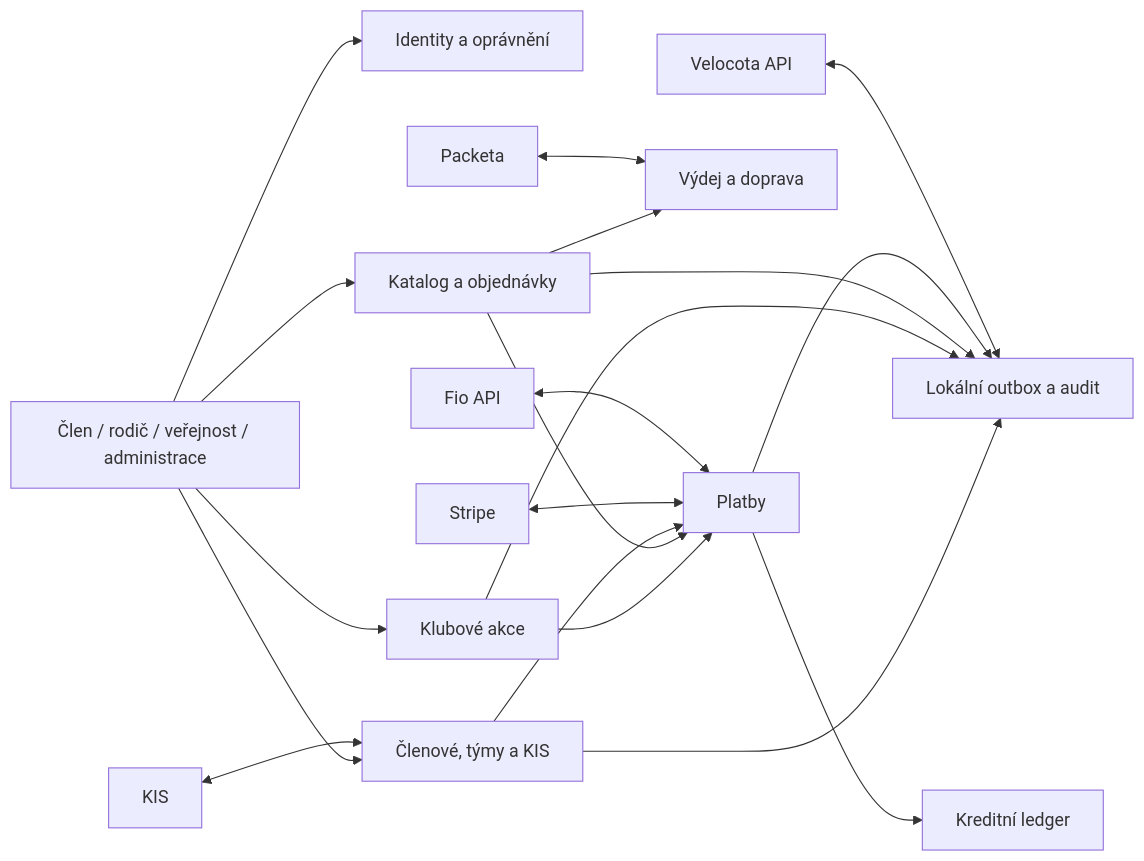
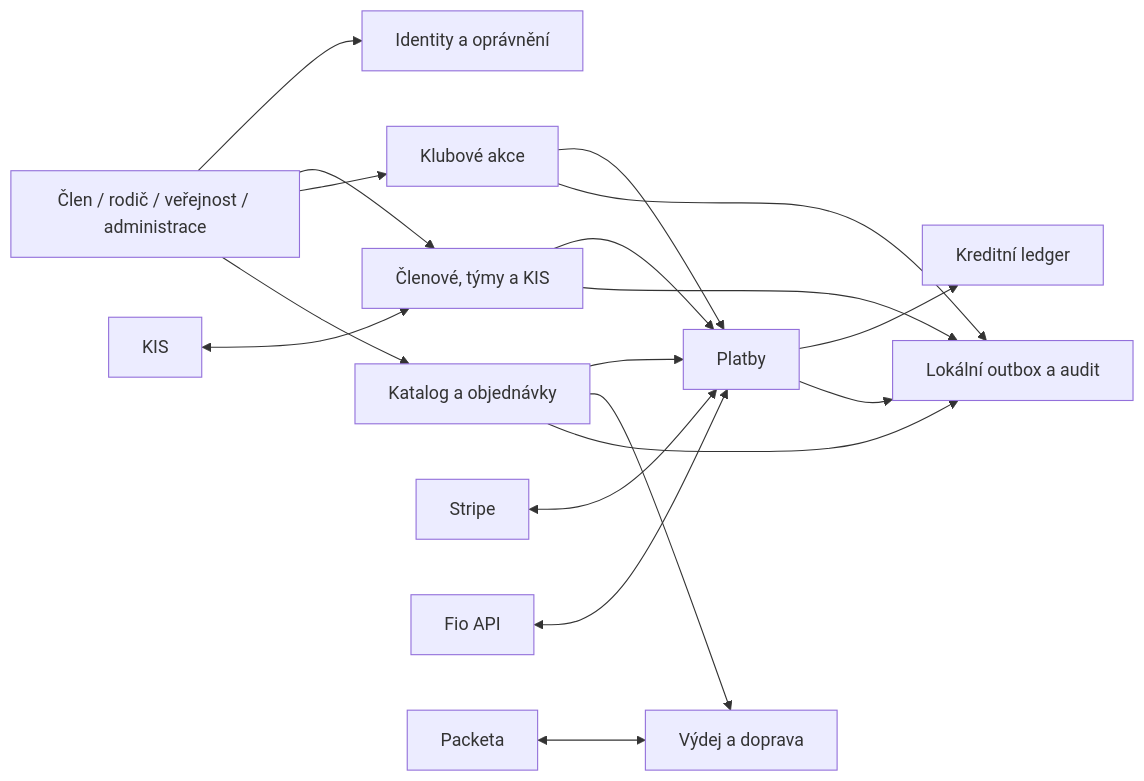
The diagram in docs/plan-eshop-tymova-evidence/03-cilova-architektura.md (KovoPraha/evidenceTreninku), drawn with Mermaid before and after one commit. The commit also changed other lines of this file and 15 other files, not shown here.

````diff
--- a/docs/plan-eshop-tymova-evidence/03-cilova-architektura.md
+++ b/docs/plan-eshop-tymova-evidence/03-cilova-architektura.md
@@ -9,21 +9,20 @@
 ```mermaid
 flowchart LR
     UI["Člen / rodič / veřejnost / administrace"] --> IAM["Identity a oprávnění"]
     UI --> MEM["Členové, týmy a KIS"]
     UI --> EVT["Klubové akce"]
     UI --> SHOP["Katalog a objednávky"]
     EVT --> PAY["Platby"]
     SHOP --> PAY
     MEM --> PAY
     PAY --> WAL["Kreditní ledger"]
     SHOP --> FUL["Výdej a doprava"]
     MEM --> OUT["Lokální outbox a audit"]
     EVT --> OUT
     SHOP --> OUT
     PAY --> OUT
     KIS["KIS"] <--> MEM
     STRIPE["Stripe"] <--> PAY
     FIO["Fio API"] <--> PAY
     PACKETA["Packeta"] <--> FUL
-    VELO["Velocota API"] <--> OUT
 ```
````
